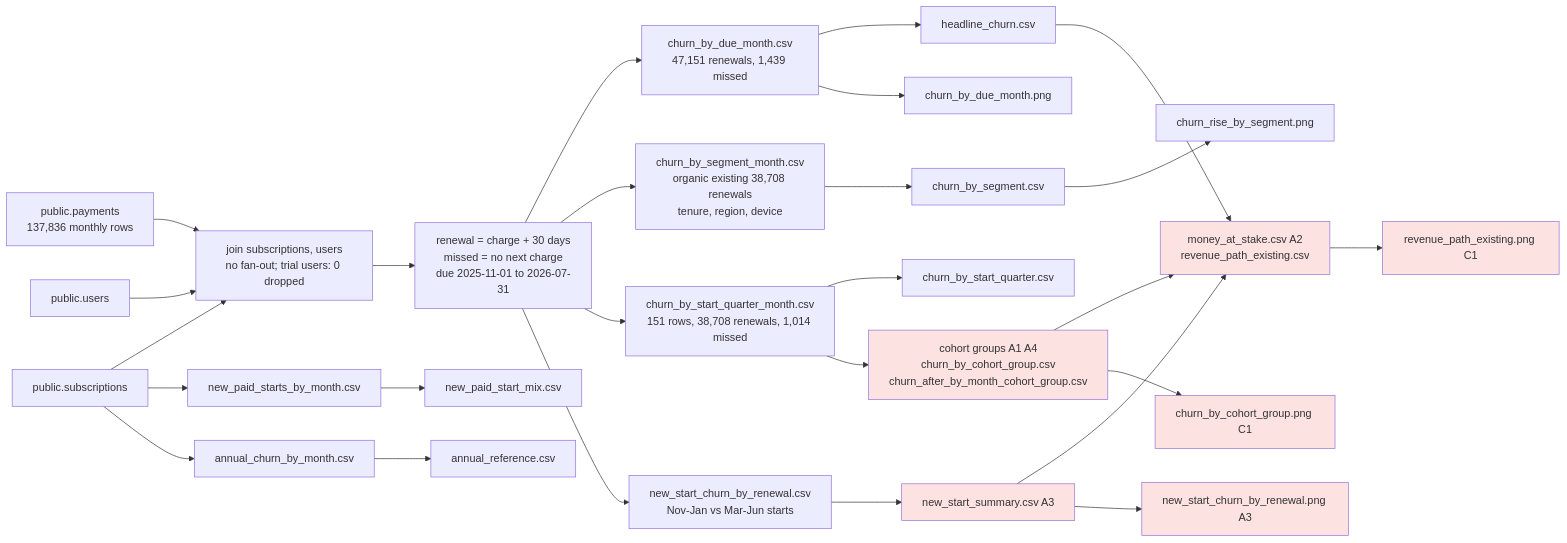
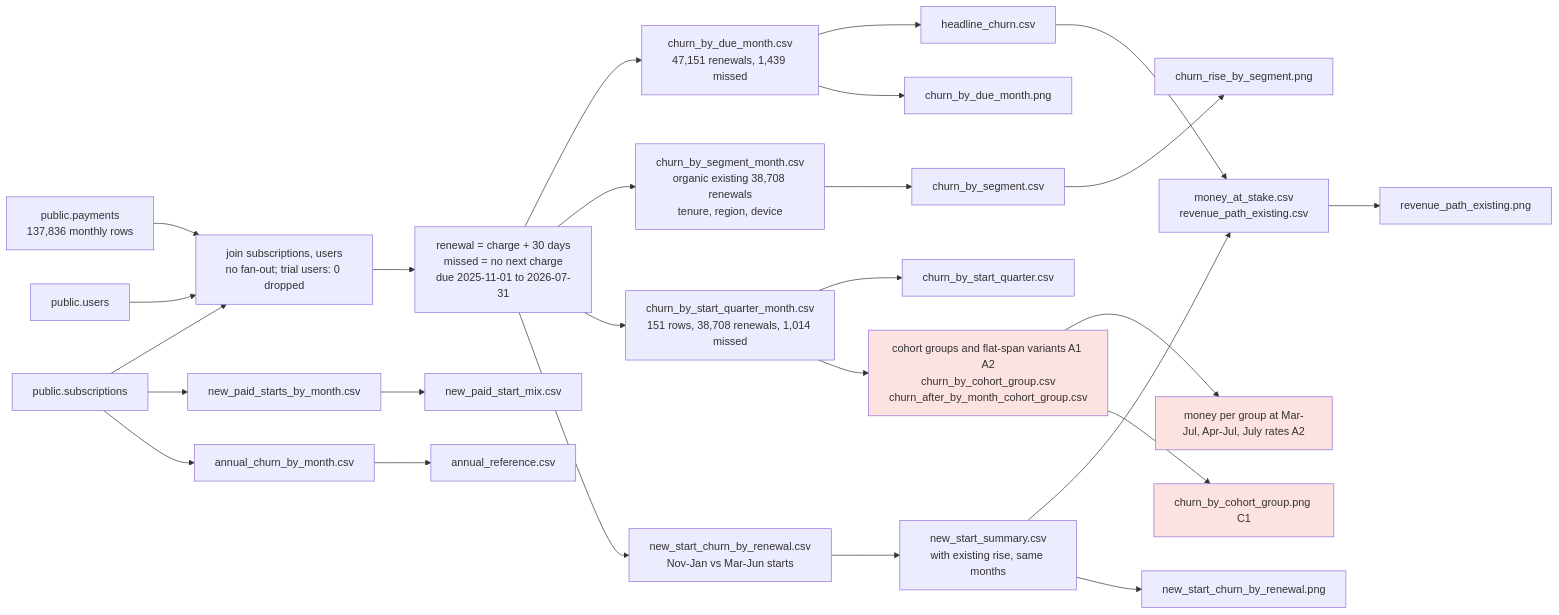
The diagram in outputs/2026-11-17_price-increase-retention/review.md (maakadam/ai-analyst), drawn with Mermaid before and after one commit. The commit also changed other lines of this file, not shown here.

````diff
--- a/outputs/2026-11-17_price-increase-retention/review.md
+++ b/outputs/2026-11-17_price-increase-retention/review.md
@@ -7,35 +7,32 @@
 ```mermaid
 flowchart LR
   P[public.payments<br/>137,836 monthly rows] --> J[join subscriptions, users<br/>no fan-out; trial users: 0 dropped]
   S[public.subscriptions] --> J
   U[public.users] --> J
   J --> R[renewal = charge + 30 days<br/>missed = no next charge<br/>due 2025-11-01 to 2026-07-31]
   R --> DM[churn_by_due_month.csv<br/>47,151 renewals, 1,439 missed]
   R --> SG[churn_by_segment_month.csv<br/>organic existing 38,708 renewals<br/>tenure, region, device]
   R --> SQ[churn_by_start_quarter_month.csv<br/>151 rows, 38,708 renewals, 1,014 missed]
   R --> NS[new_start_churn_by_renewal.csv<br/>Nov-Jan vs Mar-Jun starts]
   S --> ST[new_paid_starts_by_month.csv]
   S --> AN[annual_churn_by_month.csv]
   DM --> H[headline_churn.csv]
   SG --> SE[churn_by_segment.csv]
   SQ --> CQ[churn_by_start_quarter.csv]
-  SQ --> CG[cohort groups A1 A4<br/>churn_by_cohort_group.csv<br/>churn_after_by_month_cohort_group.csv]
-  NS --> NSS[new_start_summary.csv A3]
-  H --> M[money_at_stake.csv A2<br/>revenue_path_existing.csv]
-  CG --> M
+  SQ --> CG[cohort groups and flat-span variants A1 A2<br/>churn_by_cohort_group.csv<br/>churn_after_by_month_cohort_group.csv]
+  NS --> NSS[new_start_summary.csv<br/>with existing rise, same months]
+  H --> M[money_at_stake.csv<br/>revenue_path_existing.csv]
+  CG --> M2[money per group at Mar-Jul, Apr-Jul, July rates A2]
   NSS --> M
   ST --> MX[new_paid_start_mix.csv]
   AN --> AR[annual_reference.csv]
   DM --> C1c[churn_by_due_month.png]
   SE --> C2c[churn_rise_by_segment.png]
   CG --> C5c[churn_by_cohort_group.png C1]
-  NSS --> C3c[new_start_churn_by_renewal.png A3]
-  M --> C4c[revenue_path_existing.png C1]
+  NSS --> C3c[new_start_churn_by_renewal.png]
+  M --> C4c[revenue_path_existing.png]
   CG:::issue
-  NSS:::issue
-  M:::issue
+  M2:::issue
   C5c:::issue
-  C3c:::issue
-  C4c:::issue
   classDef issue fill:#fde2e2
 ```
````
